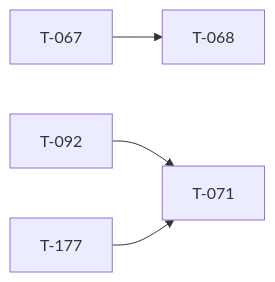
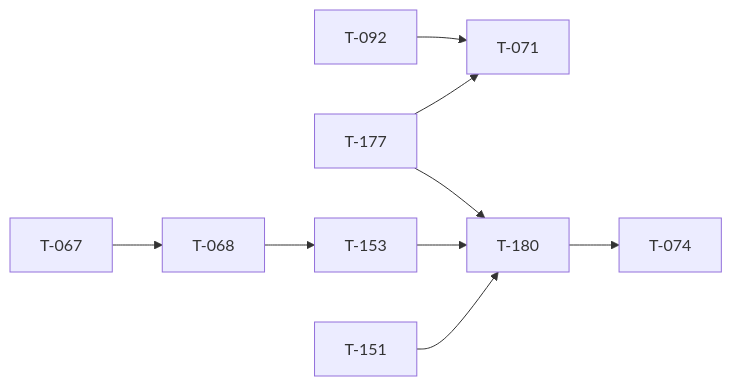
One commit to darkforce09/TBD-reforger changed the diagram in docs/TICKET_LEAD.md. Above: the diagram before and after it, drawn with Mermaid. The commit also changed other lines of this file and 22 other files, not shown here.

````diff
--- a/docs/TICKET_LEAD.md
+++ b/docs/TICKET_LEAD.md
@@ -31,6 +32,11 @@
 ```mermaid
 flowchart LR
   T067[T-067] --> T068[T-068]
   T092[T-092] --> T071[T-071]
   T177[T-177] --> T071[T-071]
+  T180[T-180] --> T074[T-074]
+  T068[T-068] --> T153[T-153]
+  T177[T-177] --> T180[T-180]
+  T153[T-153] --> T180[T-180]
+  T151[T-151] --> T180[T-180]
 ```
````
